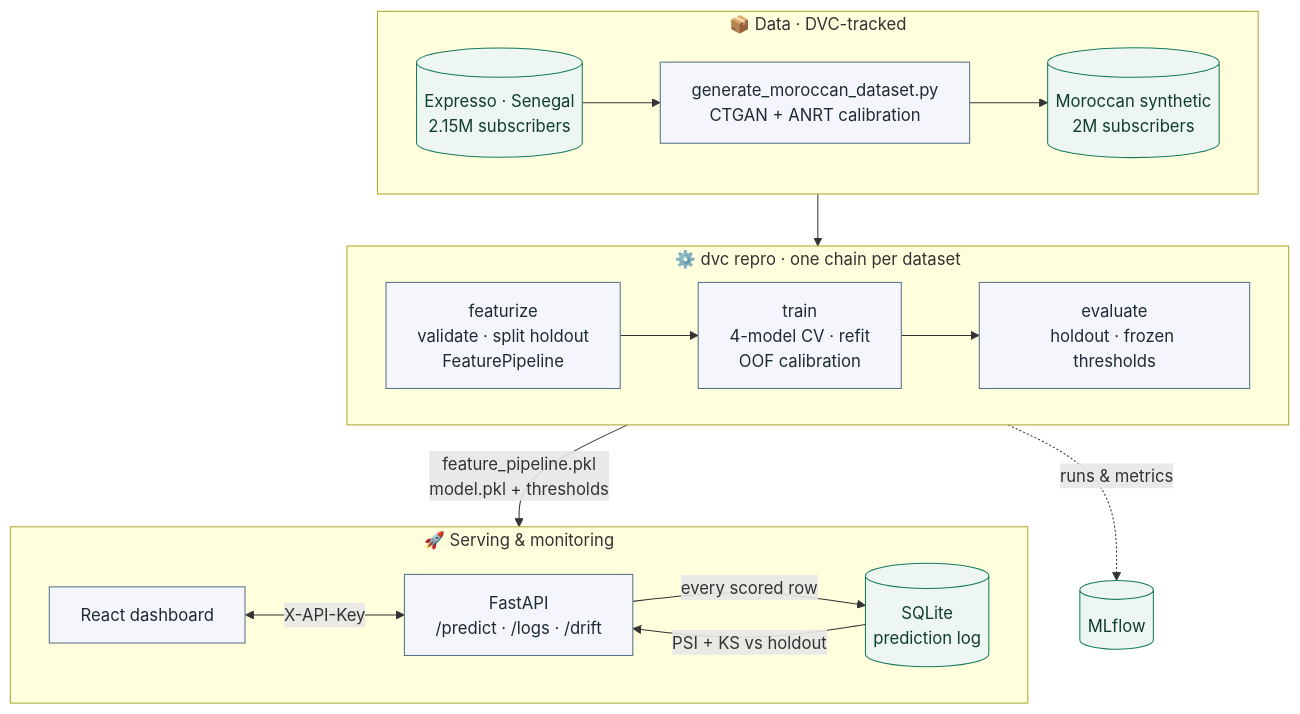
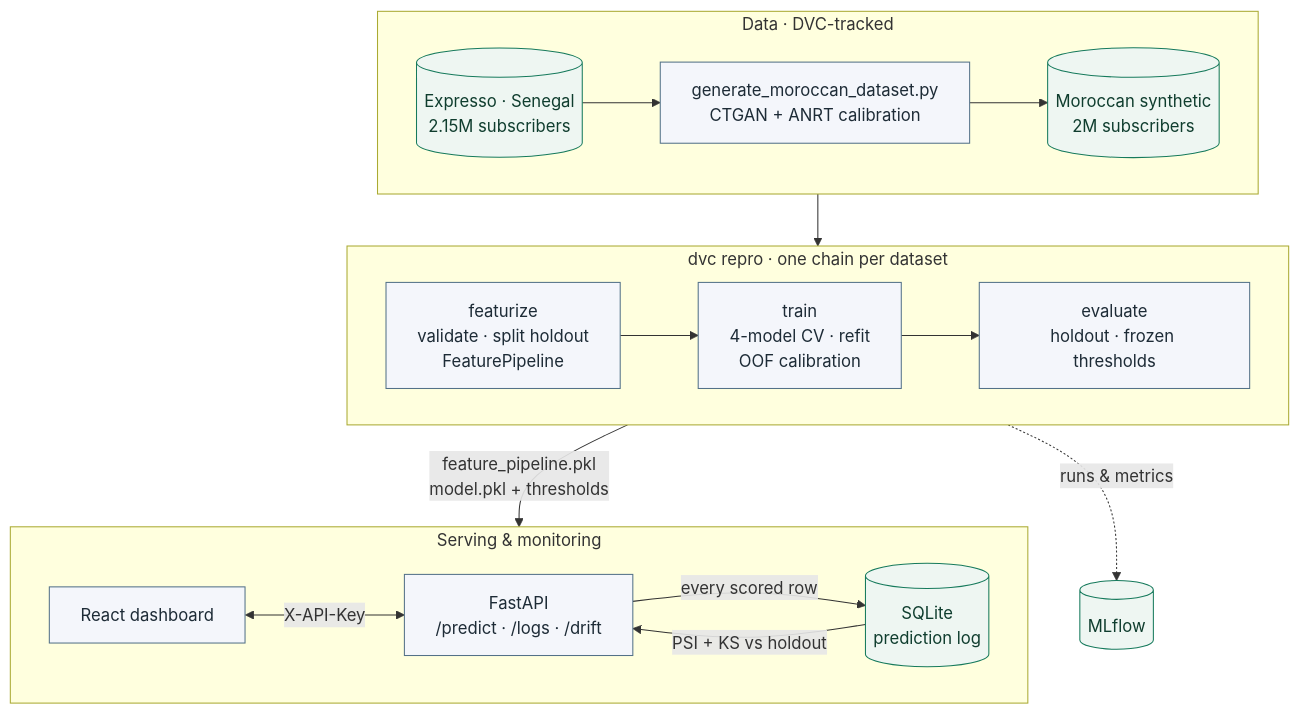
One commit to SouhailBourhim/Moroccan_Prepaid_Churn_End_to_End_MLOps_Pipeline changed the first of 4 diagrams in README.md. Above: the diagram before and after it, drawn with Mermaid. The commit also changed other lines of this file, not shown here.

````diff
--- a/README.md
+++ b/README.md
@@ -80,37 +80,37 @@
 ```mermaid
 flowchart TB
-    subgraph DATA["📦 Data · DVC-tracked"]
+    subgraph DATA["Data · DVC-tracked"]
         direction LR
         EXP[("Expresso · Senegal<br/>2.15M subscribers")]
         GEN["generate_moroccan_dataset.py<br/>CTGAN + ANRT calibration"]
         MOR[("Moroccan synthetic<br/>2M subscribers")]
         EXP --> GEN --> MOR
     end
 
-    subgraph PIPE["⚙️ dvc repro · one chain per dataset"]
+    subgraph PIPE["dvc repro · one chain per dataset"]
         direction LR
         FEAT["featurize<br/>validate · split holdout<br/>FeaturePipeline"]
         TRAIN["train<br/>4-model CV · refit<br/>OOF calibration"]
         EVAL["evaluate<br/>holdout · frozen thresholds"]
         FEAT --> TRAIN --> EVAL
     end
 
-    subgraph SERVE["🚀 Serving & monitoring"]
+    subgraph SERVE["Serving & monitoring"]
         direction LR
         API["FastAPI<br/>/predict · /logs · /drift"]
         LOG[("SQLite<br/>prediction log")]
         DASH["React dashboard"]
         DASH <-->|X-API-Key| API
         API -->|every scored row| LOG
         LOG -->|PSI + KS vs holdout| API
     end
 
     DATA --> PIPE
     PIPE -->|"feature_pipeline.pkl<br/>model.pkl + thresholds"| SERVE
     PIPE -.->|runs & metrics| MLF[("MLflow")]
 
     classDef store fill:#eef6f2,stroke:#167a5c,color:#0f3d2e
     classDef step fill:#f4f6fb,stroke:#537188,color:#1d2b36
     class EXP,MOR,LOG,MLF store
     class GEN,FEAT,TRAIN,EVAL,API,DASH step
 ```
````
